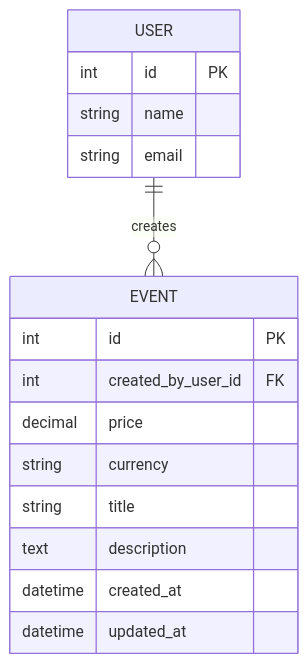
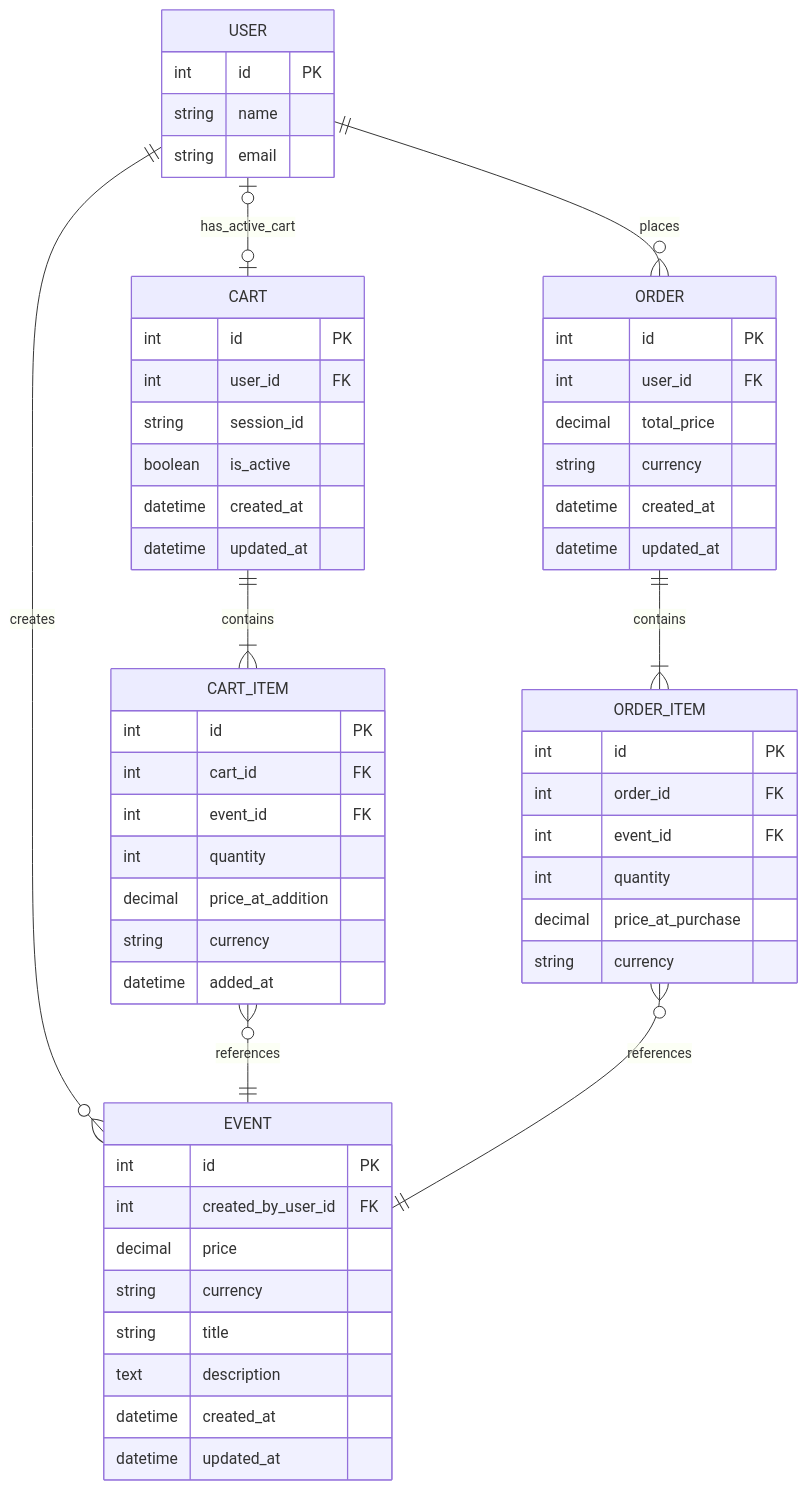
The diagram in docs/ERD.md (jkyamaguchi/mid-backend-project-skeleton), drawn with Mermaid before and after one commit. The commit also changed other lines of this file, not shown here.

Commit message:
update ERD to version 2: add cart and order models with design decisions and relationships

````diff
--- a/docs/ERD.md
+++ b/docs/ERD.md
@@ -12,21 +24,64 @@
 ```mermaid
 erDiagram
     USER ||--o{ EVENT : creates
+    USER ||--o{ "ORDER" : places
+    USER |o--o| CART : has_active_cart
 
     USER {
         int id PK
         string name
         string email
     }
 
     EVENT {
         int id PK
         int created_by_user_id FK
         decimal price
         string currency
         string title
         text description
         datetime created_at
         datetime updated_at
     }
+
+    CART ||--|{ CART_ITEM : contains
+    CART_ITEM }o--|| EVENT : references
+    CART {
+        int id PK
+        int user_id FK
+        string session_id
+        boolean is_active
+        datetime created_at
+        datetime updated_at
+    }
+
+    CART_ITEM {
+        int id PK
+        int cart_id FK
+        int event_id FK
+        int quantity
+        decimal price_at_addition
+        string currency
+        datetime added_at
+    }
+
+    "ORDER" ||--|{ ORDER_ITEM : contains
+    ORDER_ITEM }o--|| EVENT : references
+    "ORDER" {
+        int id PK
+        int user_id FK
+        decimal total_price
+        string currency
+        datetime created_at
+        datetime updated_at
+    }
+
+    ORDER_ITEM {
+        int id PK
+        int order_id FK
+        int event_id FK
+        int quantity
+        decimal price_at_purchase
+        string currency
+    }
 ```
````
